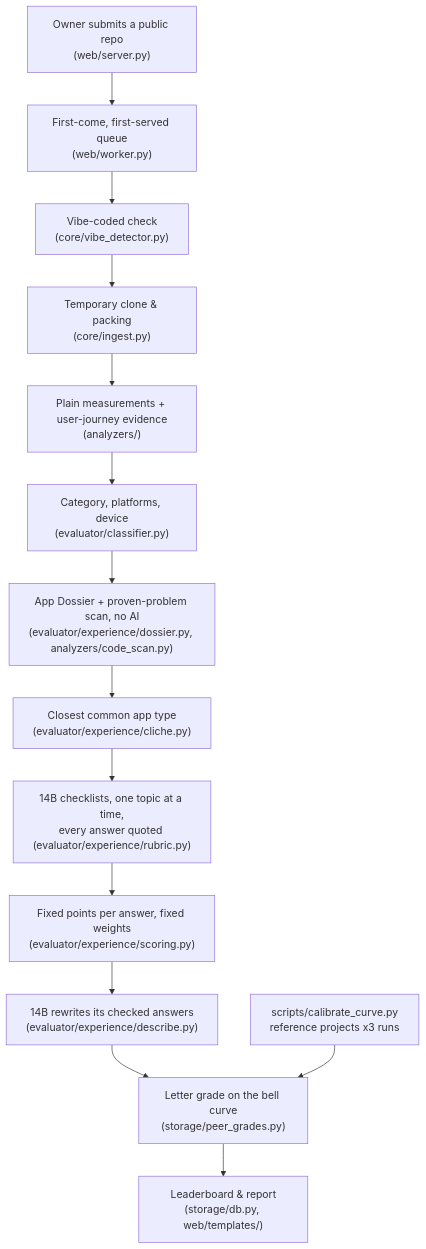
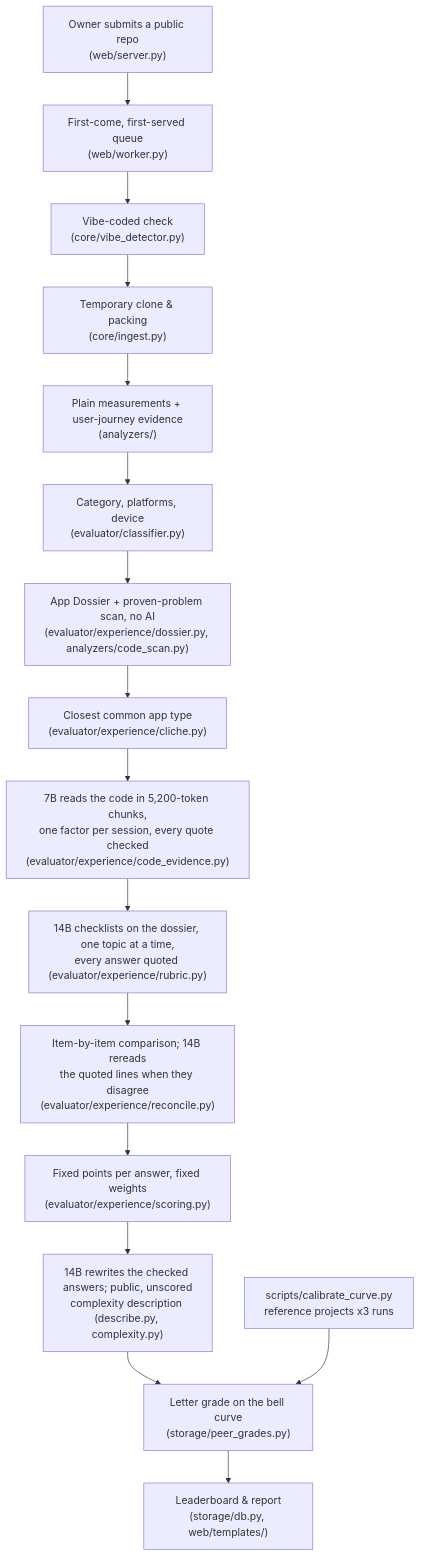
Before and after one commit to Todd0042/letsvibe: the diagram in README.md, drawn with Mermaid. The commit also changed other lines of this file and 19 other files, not shown here.

First line of the commit message:
feat(rubric v9): hybrid grading - per-factor code evidence checked against the dossier

````diff
--- a/README.md
+++ b/README.md
@@ -186,16 +186,18 @@
 ```mermaid
 flowchart TB
     Submit["Owner submits a public repo<br/>(web/server.py)"] --> Queue["First-come, first-served queue<br/>(web/worker.py)"]
     Queue --> Vibe["Vibe-coded check<br/>(core/vibe_detector.py)"]
     Vibe --> Ingest["Temporary clone & packing<br/>(core/ingest.py)"]
     Ingest --> Measure["Plain measurements + user-journey evidence<br/>(analyzers/)"]
     Measure --> Classify["Category, platforms, device<br/>(evaluator/classifier.py)"]
     Classify --> Dossier["App Dossier + proven-problem scan, no AI<br/>(evaluator/experience/dossier.py, analyzers/code_scan.py)"]
     Dossier --> Cliche["Closest common app type<br/>(evaluator/experience/cliche.py)"]
-    Cliche --> Rubric["14B checklists, one topic at a time,<br/>every answer quoted (evaluator/experience/rubric.py)"]
-    Rubric --> Score["Fixed points per answer, fixed weights<br/>(evaluator/experience/scoring.py)"]
-    Score --> Describe["14B rewrites its checked answers<br/>(evaluator/experience/describe.py)"]
+    Cliche --> Code["7B reads the code in 5,200-token chunks,<br/>one factor per session, every quote checked<br/>(evaluator/experience/code_evidence.py)"]
+    Code --> Rubric["14B checklists on the dossier, one topic at a time,<br/>every answer quoted (evaluator/experience/rubric.py)"]
+    Rubric --> Compare["Item-by-item comparison; 14B rereads<br/>the quoted lines when they disagree<br/>(evaluator/experience/reconcile.py)"]
+    Compare --> Score["Fixed points per answer, fixed weights<br/>(evaluator/experience/scoring.py)"]
+    Score --> Describe["14B rewrites the checked answers; public, unscored<br/>complexity description (describe.py, complexity.py)"]
     Describe --> Curve["Letter grade on the bell curve<br/>(storage/peer_grades.py)"]
     Curve --> Board["Leaderboard & report<br/>(storage/db.py, web/templates/)"]
     Calib["scripts/calibrate_curve.py<br/>reference projects x3 runs"] --> Curve
 ```
````
